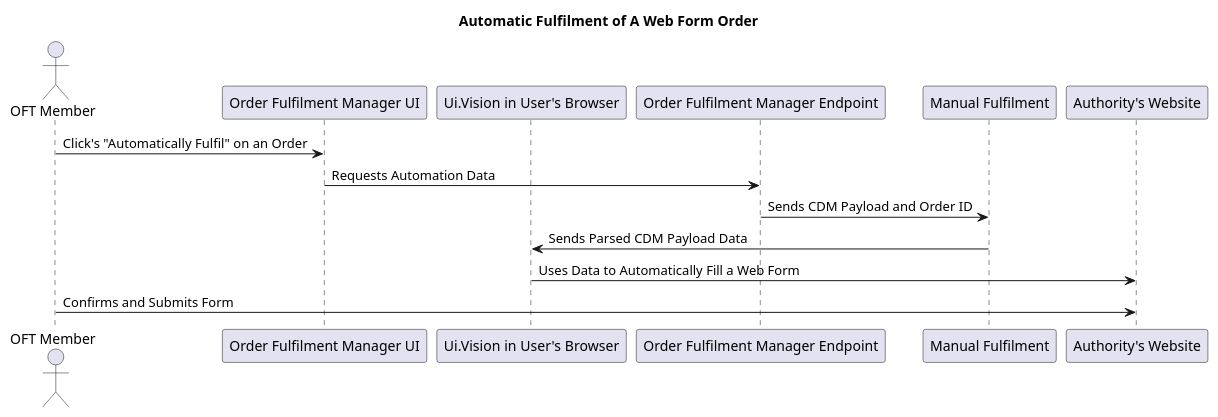
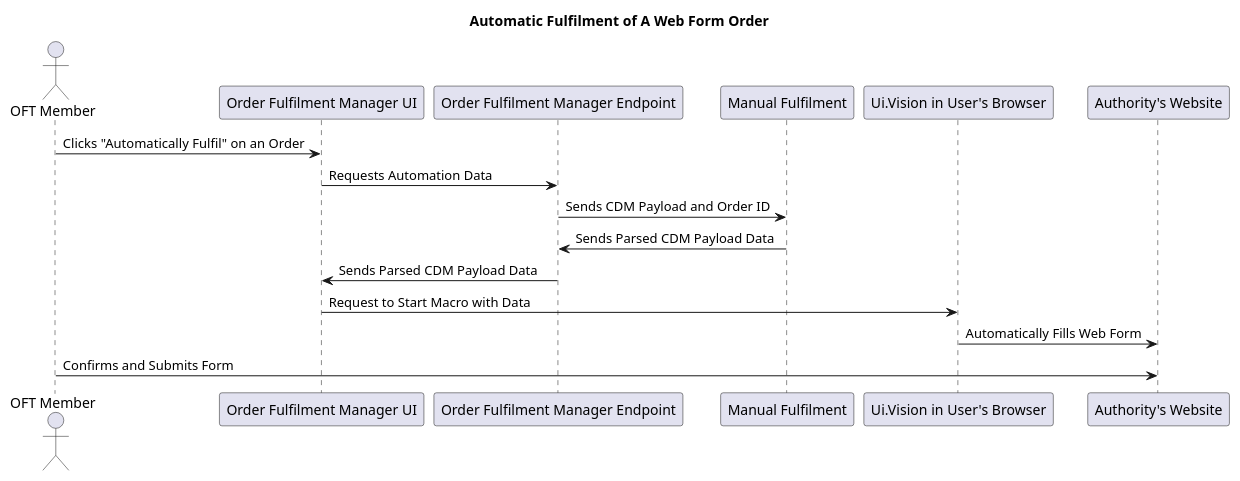
Before and after one commit to dyedurham/gsf-docsy: the diagram in content/en/docs/GSF Core Services/3 Components/ManualFulfilment.md, drawn with PlantUML. The commit also changed other lines of this file, not shown here.

Commit message:
fix: updated sequence diagram for manual fulfilment

````diff
--- a/content/en/docs/GSF Core Services/3 Components/ManualFulfilment.md
+++ b/content/en/docs/GSF Core Services/3 Components/ManualFulfilment.md
@@ -27,22 +27,24 @@
 ```plantuml
 @startuml
 
 title Automatic Fulfilment of A Web Form Order
 
 actor "OFT Member" as User
 participant "Order Fulfilment Manager UI" as ofm_ui
-participant "Ui.Vision in User's Browser" as ui_vision
 participant "Order Fulfilment Manager Endpoint" as ofm_api
 participant "Manual Fulfilment" as mf
+participant "Ui.Vision in User's Browser" as ui_vision
 participant "Authority's Website" as external_site
 
-User->ofm_ui: Click's "Automatically Fulfil" on an Order
+User->ofm_ui: Clicks "Automatically Fulfil" on an Order
 ofm_ui->ofm_api: Requests Automation Data 
 ofm_api->mf: Sends CDM Payload and Order ID
-mf->ui_vision: Sends Parsed CDM Payload Data
-ui_vision->external_site: Uses Data to Automatically Fill a Web Form
+mf->ofm_api: Sends Parsed CDM Payload Data
+ofm_api->ofm_ui: Sends Parsed CDM Payload Data
+ofm_ui->ui_vision: Request to Start Macro with Data
+ui_vision->external_site: Automatically Fills Web Form
 User->external_site: Confirms and Submits Form
 
 
 @enduml
 ```
````
